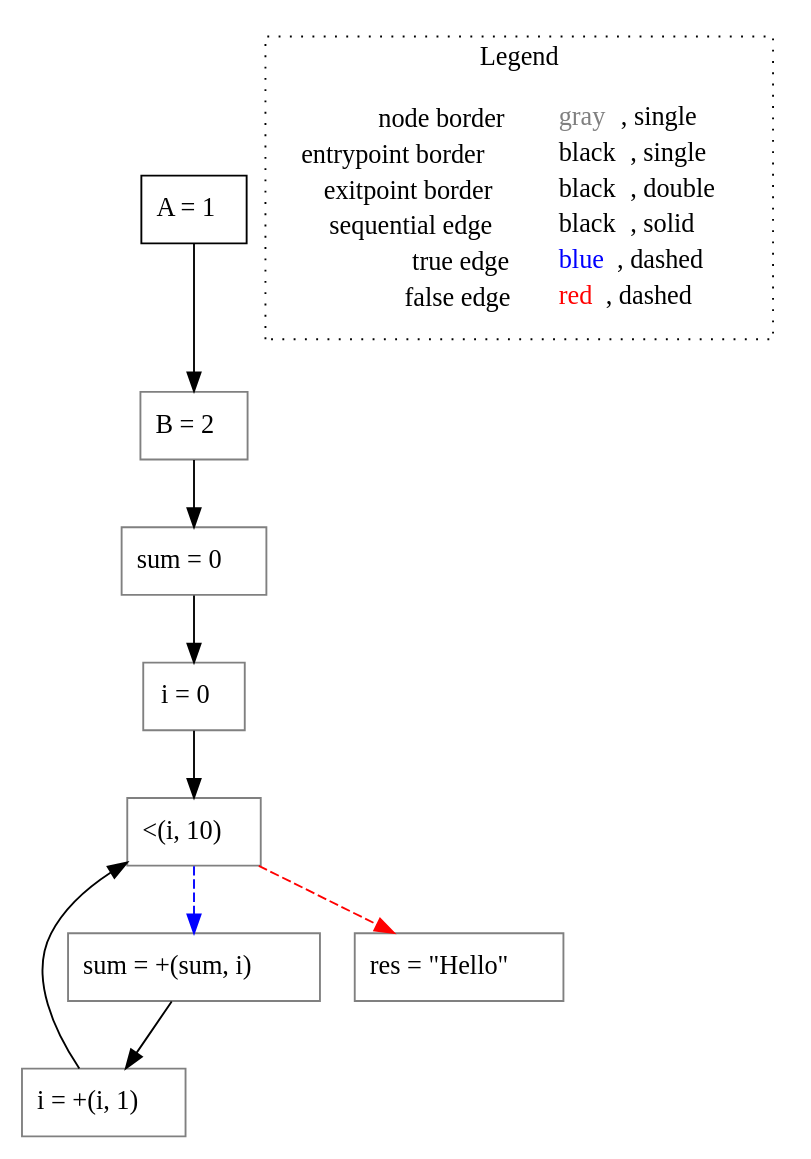
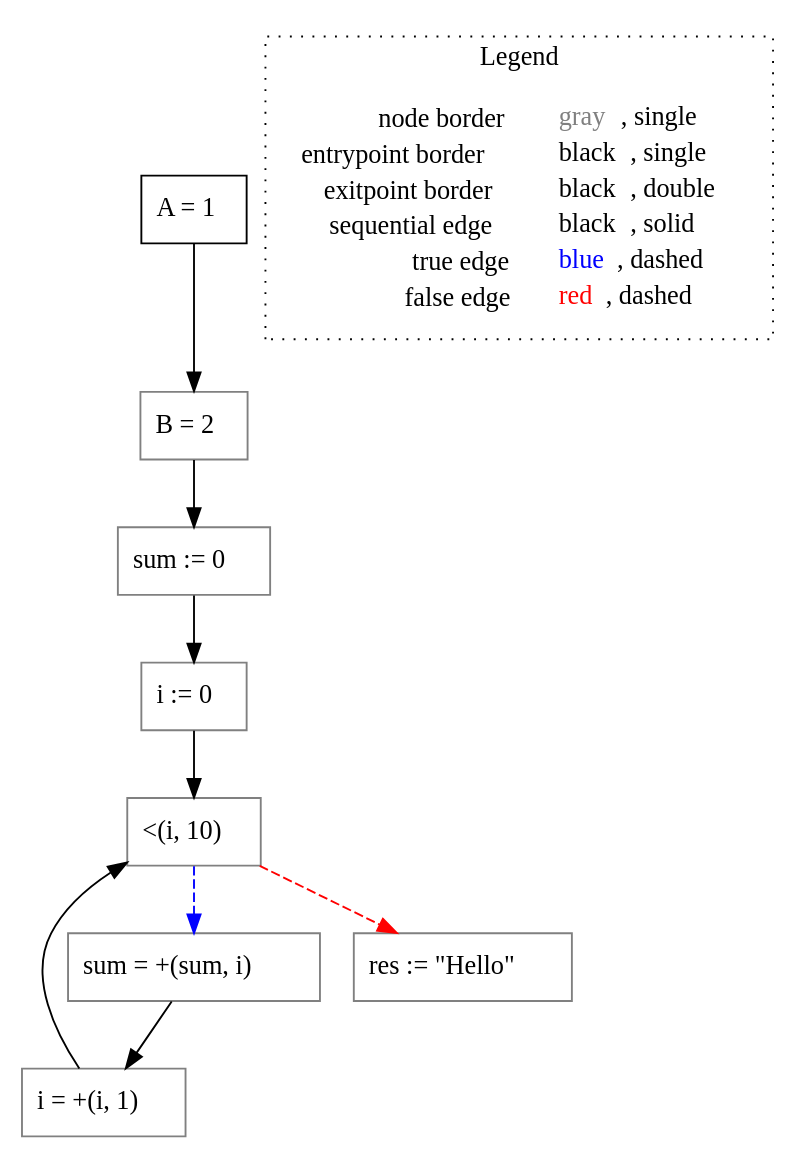
Before and after one commit to lisa-analyzer/go-lisa: the diagram in go-lisa/go-testcases/cfg/for/untyped_~LiSAProgram.simpleFor().dot, drawn with Graphviz. The commit also changed 9 other files, not shown here.

```diff
--- a/go-lisa/go-testcases/cfg/for/untyped_~LiSAProgram.simpleFor().dot
+++ b/go-lisa/go-testcases/cfg/for/untyped_~LiSAProgram.simpleFor().dot
@@ -1,25 +1,25 @@
 digraph {
 	"node0" [shape="rect",color="black",label=<A = 1>];
 	"node1" [shape="rect",color="gray",label=<sum = +(sum, i)>];
 	"node2" [shape="rect",color="gray",label=<B = 2>];
-	"node3" [shape="rect",color="gray",label=<i = 0>];
+	"node3" [shape="rect",color="gray",label=<i := 0>];
 	"node4" [shape="rect",color="gray",label=<i = +(i, 1)>];
 	"node5" [shape="rect",color="gray",label=<&lt;(i, 10)>];
-	"node6" [shape="rect",color="gray",label=<sum = 0>];
-	"node7" [shape="rect",color="gray",label=<res = &quot;Hello&quot;>];
+	"node6" [shape="rect",color="gray",label=<sum := 0>];
+	"node7" [shape="rect",color="gray",label=<res := &quot;Hello&quot;>];
 	"node1" -> "node4" [color="black"];
 	"node0" -> "node2" [color="black"];
 	"node2" -> "node6" [color="black"];
 	"node3" -> "node5" [color="black"];
 	"node4" -> "node5" [color="black"];
 	"node5" -> "node1" [color="blue",style="dashed"];
 	"node5" -> "node7" [color="red",style="dashed"];
 	"node6" -> "node3" [color="black"];
 subgraph cluster_legend {
 	label="Legend";
 	style=dotted;
 	node [shape=plaintext];
 	"legend" [label=<<table border="0" cellpadding="2" cellspacing="0" cellborder="0"><tr><td align="right">node border&nbsp;</td><td align="left"><font color="gray">gray</font>, single</td></tr><tr><td align="right">entrypoint border&nbsp;</td><td align="left"><font color="black">black</font>, single</td></tr><tr><td align="right">exitpoint border&nbsp;</td><td align="left"><font color="black">black</font>, double</td></tr><tr><td align="right">sequential edge&nbsp;</td><td align="left"><font color="black">black</font>, solid</td></tr><tr><td align="right">true edge&nbsp;</td><td align="left"><font color="blue">blue</font>, dashed</td></tr><tr><td align="right">false edge&nbsp;</td><td align="left"><font color="red">red</font>, dashed</td></tr></table>>];
 }
 
 }
```
